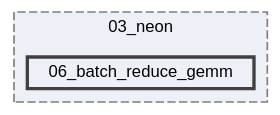
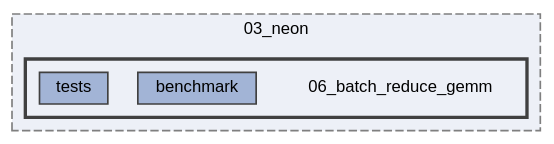
The diagram in dir_f78ac28d176dc5803113e6f9814f5964_dep.dot (Shad00Z/machine-learning-compilers), drawn with Graphviz before and after one commit. The commit also changed 5 other files, not shown here.

```diff
--- a/dir_f78ac28d176dc5803113e6f9814f5964_dep.dot
+++ b/dir_f78ac28d176dc5803113e6f9814f5964_dep.dot
@@ -1,12 +1,17 @@
 digraph "/home/runner/work/machine-learning-compilers/machine-learning-compilers/src/submissions/03_neon/06_batch_reduce_gemm"
 {
  // LATEX_PDF_SIZE
   bgcolor="transparent";
   edge [fontname=Helvetica,fontsize=10,labelfontname=Helvetica,labelfontsize=10];
   node [fontname=Helvetica,fontsize=10,shape=box,height=0.2,width=0.4];
   compound=true
   subgraph clusterdir_b2c563f7bf427f5a0c17c9a95cb1f2fd {
     graph [ bgcolor="#edf0f7", pencolor="grey50", label="03_neon", fontname=Helvetica,fontsize=10 style="filled,dashed", URL="dir_b2c563f7bf427f5a0c17c9a95cb1f2fd.html",tooltip=""]
-  dir_f78ac28d176dc5803113e6f9814f5964 [label="06_batch_reduce_gemm", fillcolor="#edf0f7", color="grey25", style="filled,bold", URL="dir_f78ac28d176dc5803113e6f9814f5964.html",tooltip=""];
+  subgraph clusterdir_f78ac28d176dc5803113e6f9814f5964 {
+    graph [ bgcolor="#edf0f7", pencolor="grey25", label="", fontname=Helvetica,fontsize=10 style="filled,bold", URL="dir_f78ac28d176dc5803113e6f9814f5964.html",tooltip=""]
+    dir_f78ac28d176dc5803113e6f9814f5964 [shape=plaintext, label="06_batch_reduce_gemm"];
+  dir_44fd0773b821db12e25fd7ed6f2f1b83 [label="benchmark", fillcolor="#a2b4d6", color="grey25", style="filled", URL="dir_44fd0773b821db12e25fd7ed6f2f1b83.html",tooltip=""];
+  dir_b45014a08b95acf9511f02041b27a6de [label="tests", fillcolor="#a2b4d6", color="grey25", style="filled", URL="dir_b45014a08b95acf9511f02041b27a6de.html",tooltip=""];
+  }
   }
 }
```
